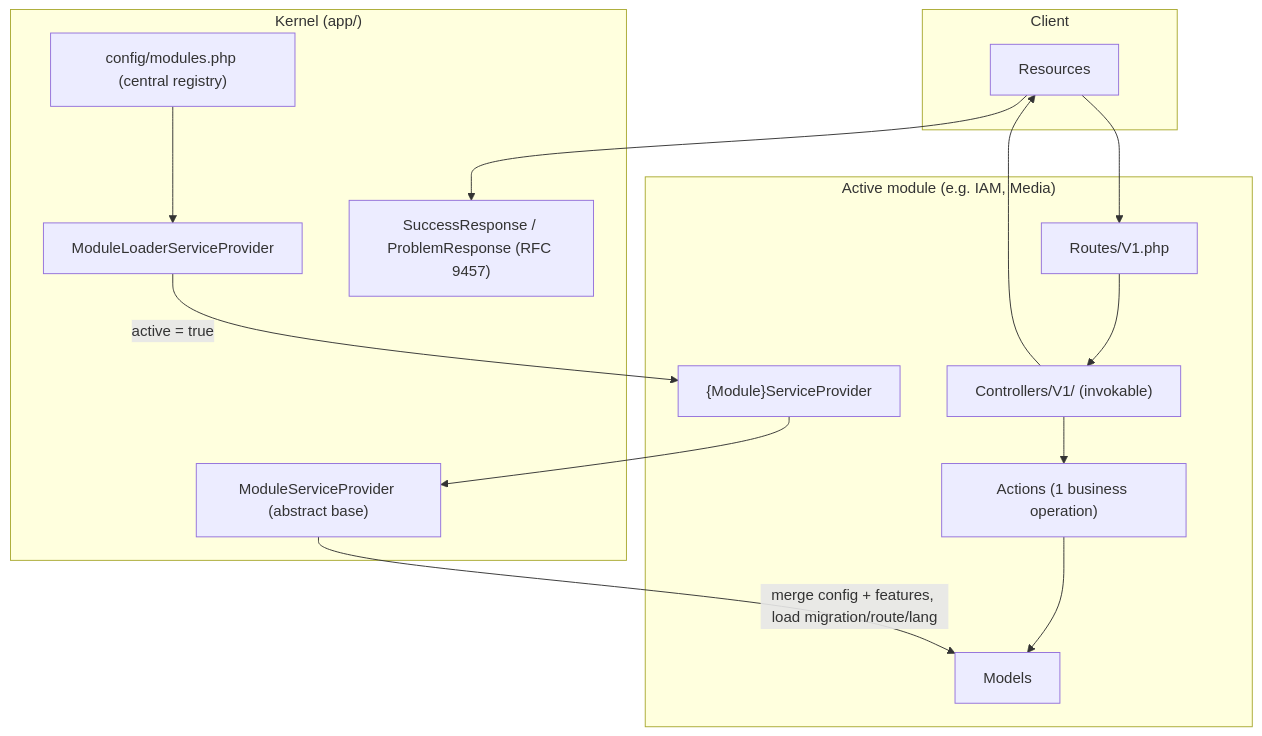
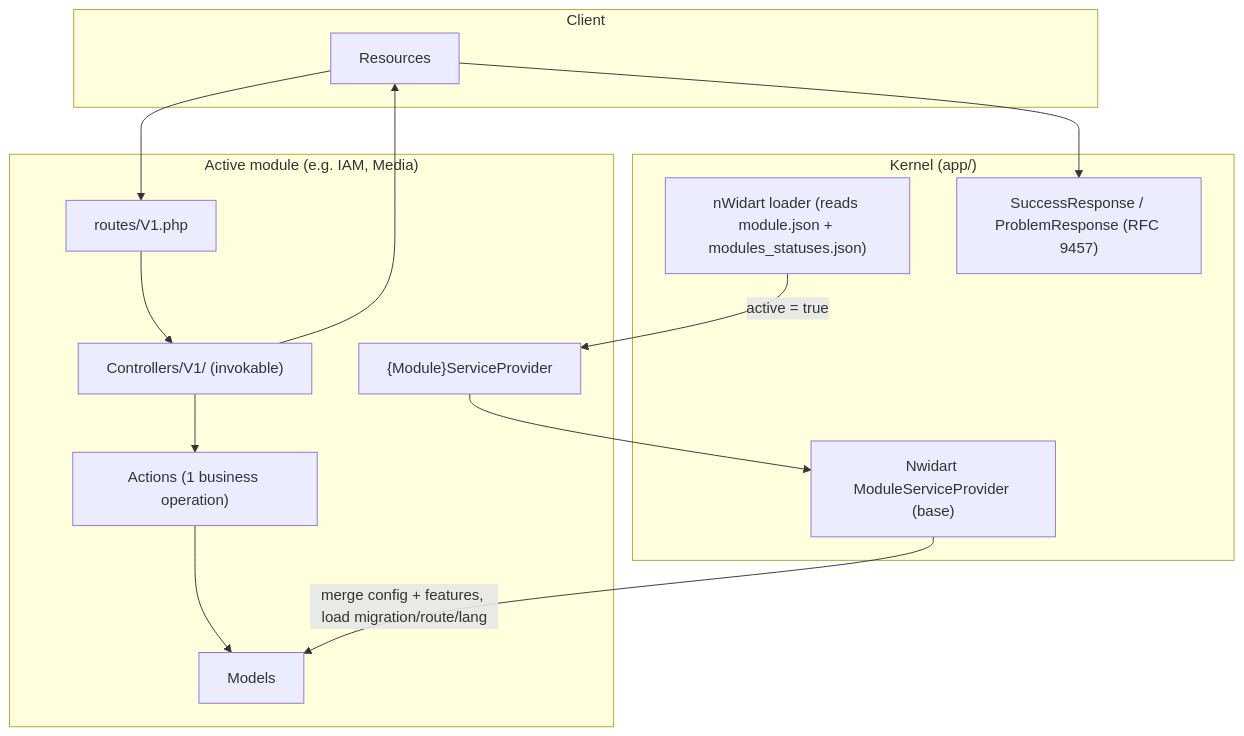
One commit to thomiOmi/laravel-starterkit-api changed the first of 7 diagrams in docs/architecture.md. Above: the diagram before and after it, drawn with Mermaid. The commit also changed other lines of this file and 39 other files, not shown here.

Commit message:
docs: sync module docs, rules, and skill to nwidart structure

````diff
--- a/docs/architecture.md
+++ b/docs/architecture.md
@@ -19,30 +19,28 @@
 ```mermaid
 flowchart TB
     subgraph Client["Client"]
         R["HTTP Request /api/v1/*"]
     end
 
-    subgraph Kernel["Kernel (app/)"]
-        Registry["config/modules.php (central registry)"]
-        Loader["ModuleLoaderServiceProvider"]
-        Base["ModuleServiceProvider (abstract base)"]
+subgraph Kernel["Kernel (app/)"]
+        Loader["nWidart loader (reads module.json + modules_statuses.json)"]
+        Base["Nwidart ModuleServiceProvider (base)"]
         Resp["SuccessResponse / ProblemResponse (RFC 9457)"]
     end
 
     subgraph Mod["Active module (e.g. IAM, Media)"]
         P["{Module}ServiceProvider"]
-        RT["Routes/V1.php"]
+        RT["routes/V1.php"]
         C["Controllers/V1/ (invokable)"]
         A["Actions (1 business operation)"]
         M["Models"]
         R["Resources"]
     end
 
     R --> RT --> C
     C --> A --> M
     C --> R --> Resp
-    Registry --> Loader
     Loader -- "active = true" --> P
     P --> Base
     Base -- "merge config + features, load migration/route/lang" --> M
 ```
````
